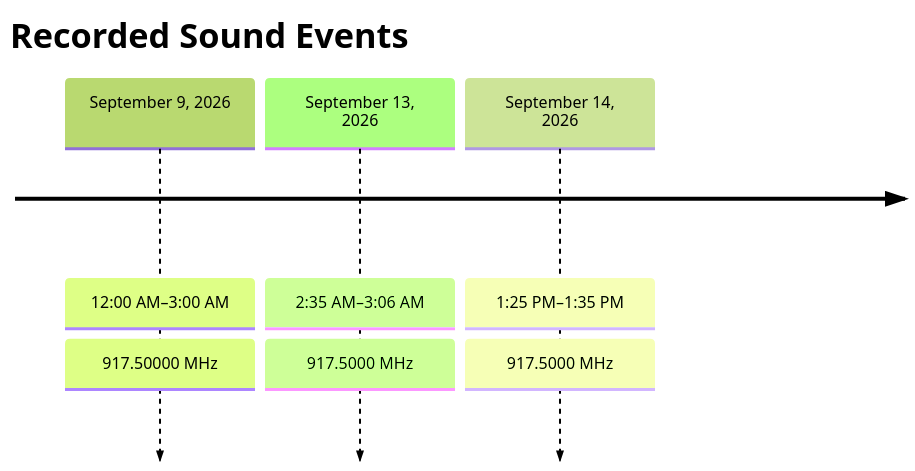
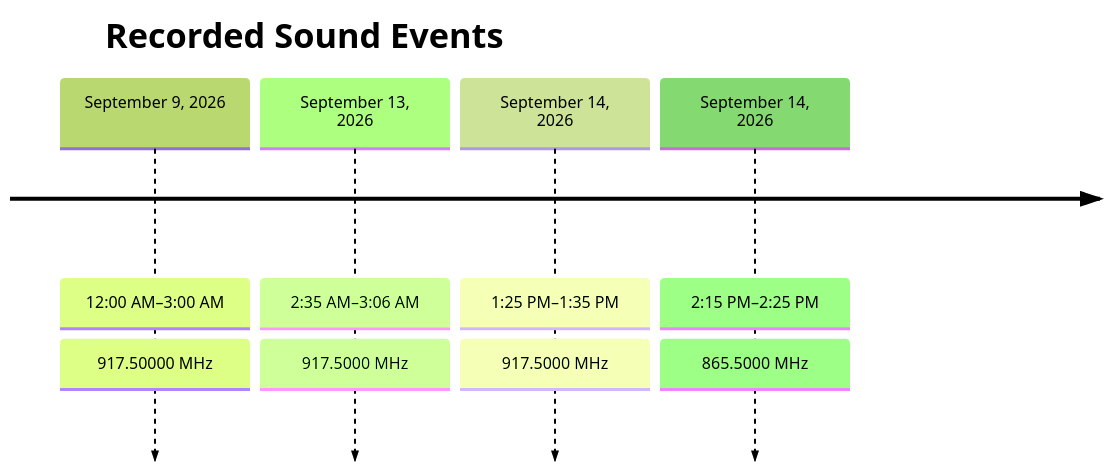
Before and after one commit to DuckyOnQuack-999/ELECTROMAGNETIC-AUDIO-TRANSDUCTION: the second of 2 diagrams in README.md, drawn with Mermaid (forest theme). The commit also changed other lines of this file, not shown here.

````diff
--- a/README.md
+++ b/README.md
@@ -30,11 +31,13 @@
 ```mermaid
 timeline
     title Recorded Sound Events
 
     September 9, 2026 : 12:00 AM–3:00 AM
                        : 917.50000 MHz
     September 13, 2026 : 2:35 AM–3:06 AM
                         : 917.5000 MHz
     September 14, 2026 : 1:25 PM–1:35 PM
                         : 917.5000 MHz
+    September 14, 2026 : 2:15 PM–2:25 PM
+                        : 865.5000 MHz
 ```
````
